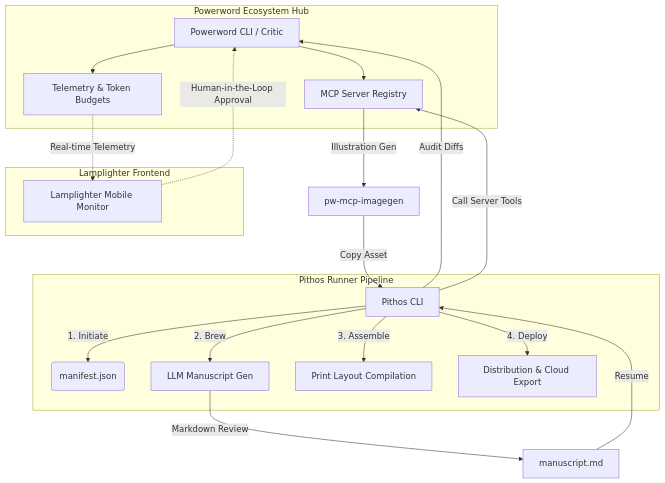
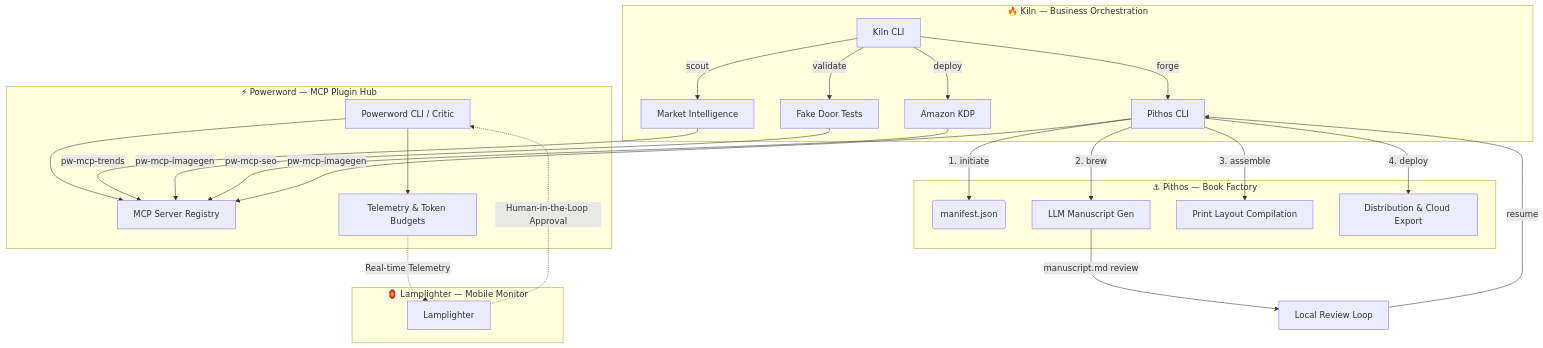
One commit to borch-ai/.github changed the diagram in profile/README.md. Above: the diagram before and after it, drawn with Mermaid. The commit also changed other lines of this file and 3 other files, not shown here.

````diff
--- a/profile/README.md
+++ b/profile/README.md
@@ -38,33 +42,44 @@
 ```mermaid
 graph TD
-    subgraph Powerword Ecosystem Hub
+    subgraph Kiln ["🔥 Kiln — Business Orchestration"]
+        K[Kiln CLI]
+        K -->|scout| Scout[Market Intelligence]
+        K -->|validate| FD[Fake Door Tests]
+        K -->|forge| P
+        K -->|deploy| KDP[Amazon KDP]
+    end
+
+    subgraph Pithos ["⚓ Pithos — Book Factory"]
+        P[Pithos CLI]
+        P -->|1. initiate| M(manifest.json)
+        P -->|2. brew| Stanzas[LLM Manuscript Gen]
+        P -->|3. assemble| Layout[Print Layout Compilation]
+        P -->|4. deploy| Cloud[Distribution & Cloud Export]
+    end
+
+    subgraph Powerword ["⚡ Powerword — MCP Plugin Hub"]
         PW[Powerword CLI / Critic]
         MCPS[MCP Server Registry]
         T[Telemetry & Token Budgets]
         PW --> MCPS
         PW --> T
     end
 
-    subgraph Pithos Runner Pipeline
-        P[Pithos CLI]
-        P -->|1. Initiate| M(manifest.json)
-        P -->|2. Brew| Stanzas[LLM Manuscript Gen]
-        P -->|3. Assemble| Layout[Print Layout Compilation]
-        P -->|4. Deploy| Cloud[Distribution & Cloud Export]
+    subgraph Lamplighter ["🏮 Lamplighter — Mobile Monitor"]
+        LL[Lamplighter]
     end
 
-    subgraph Lamplighter Frontend
-        LL[Lamplighter Mobile Monitor]
-    end
+    %% Kiln consumes Powerword MCP plugins
+    Scout -->|pw-mcp-trends| MCPS
+    FD -->|pw-mcp-imagegen| MCPS
+    KDP -->|pw-mcp-seo| MCPS
 
-    %% Interactions
-    P -->|Audit Diffs| PW
-    Stanzas -->|Markdown Review| Rev[manuscript.md]
-    Rev -->|Resume| P
-    P -->|Call Server Tools| MCPS
-    MCPS -->|Illustration Gen| Img[pw-mcp-imagegen]
-    Img -->|Copy Asset| P
-    
+    %% Pithos consumes Powerword MCP plugins
+    Stanzas -->|manuscript.md review| Rev[Local Review Loop]
+    Rev -->|resume| P
+    P -->|pw-mcp-imagegen| MCPS
+
+    %% Telemetry to Lamplighter
     T -.->|Real-time Telemetry| LL
     LL -.->|Human-in-the-Loop Approval| PW
 ```
````
